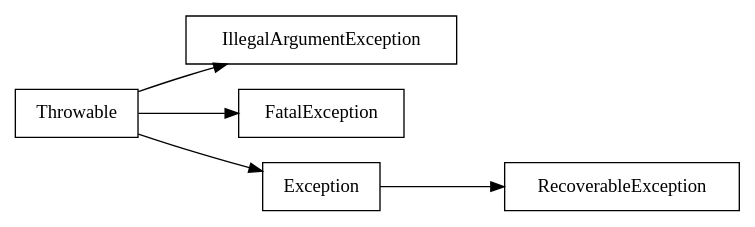
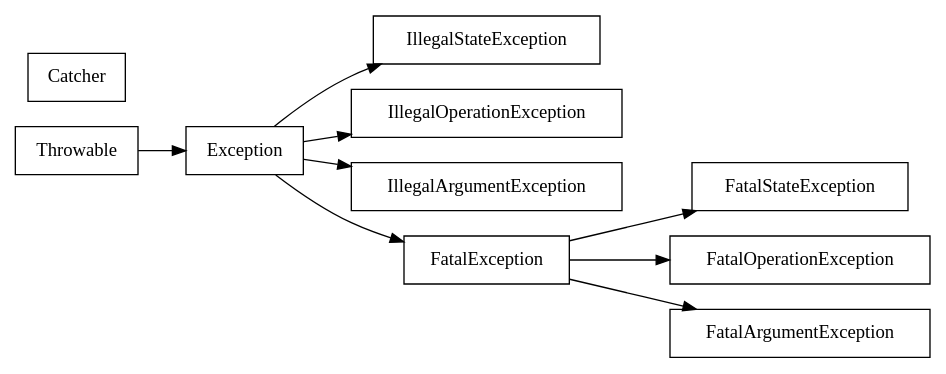
The diagram in docs/com/sekati/except/classes.dot (sekati/sasapi), drawn with Graphviz before and after one commit. The commit also changed 76 other files, not shown here.

Commit message:
Completed com.sekati.except.* package.

```diff
--- a/docs/com/sekati/except/classes.dot
+++ b/docs/com/sekati/except/classes.dot
@@ -1,37 +1,71 @@
 strict digraph class_diagram {
   rankdir=LR;
   TypeThrowable[
     label="Throwable",
     URL="Throwable.html",
     tooltip="com.sekati.except.Throwable",
     shape="record"
   ];
-  TypeRecoverableException[
-    label="RecoverableException",
-    URL="RecoverableException.html",
-    tooltip="com.sekati.except.RecoverableException",
+  TypeIllegalStateException[
+    label="IllegalStateException",
+    URL="IllegalStateException.html",
+    tooltip="com.sekati.except.IllegalStateException",
+    shape="record"
+  ];
+  TypeIllegalOperationException[
+    label="IllegalOperationException",
+    URL="IllegalOperationException.html",
+    tooltip="com.sekati.except.IllegalOperationException",
     shape="record"
   ];
   TypeIllegalArgumentException[
     label="IllegalArgumentException",
     URL="IllegalArgumentException.html",
     tooltip="com.sekati.except.IllegalArgumentException",
     shape="record"
   ];
+  TypeFatalStateException[
+    label="FatalStateException",
+    URL="FatalStateException.html",
+    tooltip="com.sekati.except.FatalStateException",
+    shape="record"
+  ];
+  TypeFatalOperationException[
+    label="FatalOperationException",
+    URL="FatalOperationException.html",
+    tooltip="com.sekati.except.FatalOperationException",
+    shape="record"
+  ];
   TypeFatalException[
     label="FatalException",
     URL="FatalException.html",
     tooltip="com.sekati.except.FatalException",
+    shape="record"
+  ];
+  TypeFatalArgumentException[
+    label="FatalArgumentException",
+    URL="FatalArgumentException.html",
+    tooltip="com.sekati.except.FatalArgumentException",
     shape="record"
   ];
   TypeException[
     label="Exception",
     URL="Exception.html",
     tooltip="com.sekati.except.Exception",
     shape="record"
   ];
-  TypeException -> TypeRecoverableException;
-  TypeThrowable -> TypeIllegalArgumentException;
-  TypeThrowable -> TypeFatalException;
+  TypeCatcher[
+    label="Catcher",
+    URL="Catcher.html",
+    tooltip="com.sekati.except.Catcher",
+    shape="record"
+  ];
+  TypeException -> TypeIllegalStateException;
+  TypeException -> TypeIllegalOperationException;
+  TypeException -> TypeIllegalArgumentException;
+  TypeFatalException -> TypeFatalStateException;
+  TypeFatalException -> TypeFatalOperationException;
+  TypeException -> TypeFatalException;
+  TypeFatalException -> TypeFatalArgumentException;
   TypeThrowable -> TypeException;
 }
```
